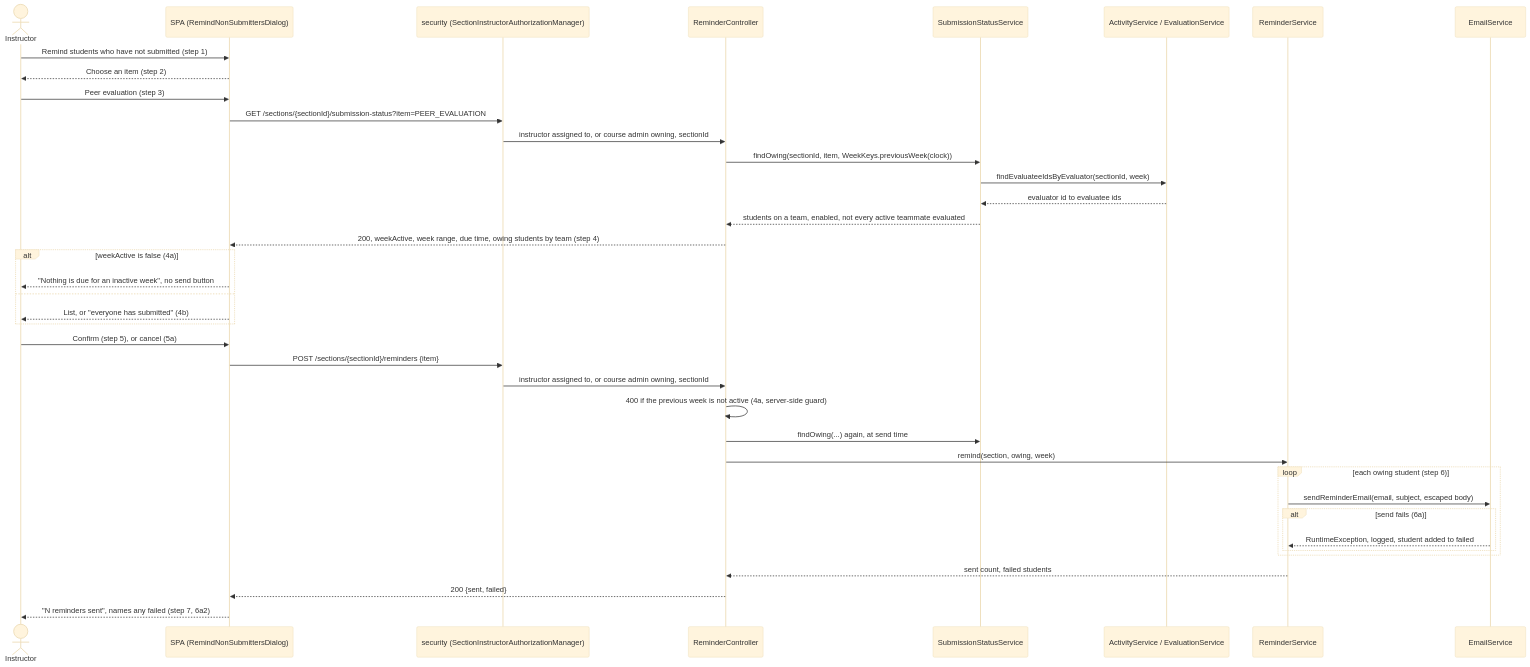
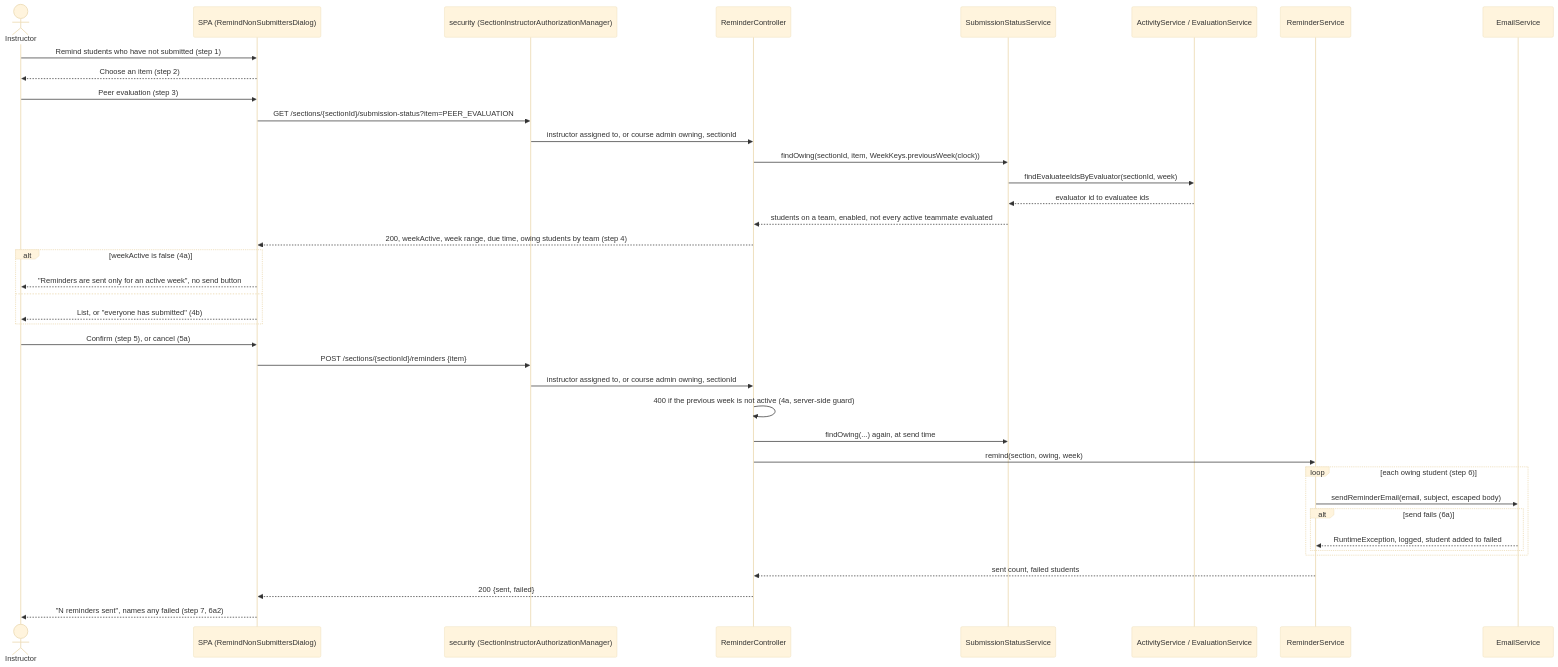
Before and after one commit to Washingtonwei/project-pulse: the second of 3 diagrams in docs/design/not.md, drawn with Mermaid (base theme). The commit also changed other lines of this file and 3 other files, not shown here.

First line of the commit message:
docs(requirements): regenerate the business-rule index for NOT and fix the inactive-week wording

````diff
--- a/docs/design/not.md
+++ b/docs/design/not.md
@@ -86,41 +86,41 @@
 ```mermaid
 sequenceDiagram
     actor I as Instructor
     participant SPA as SPA (RemindNonSubmittersDialog)
     participant SEC as security (SectionInstructorAuthorizationManager)
     participant RC as ReminderController
     participant SS as SubmissionStatusService
     participant AE as ActivityService / EvaluationService
     participant RS as ReminderService
     participant EM as EmailService
     I->>SPA: Remind students who have not submitted (step 1)
     SPA-->>I: Choose an item (step 2)
     I->>SPA: Peer evaluation (step 3)
     SPA->>SEC: GET /sections/{sectionId}/submission-status?item=PEER_EVALUATION
     SEC->>RC: instructor assigned to, or course admin owning, sectionId
     RC->>SS: findOwing(sectionId, item, WeekKeys.previousWeek(clock))
     SS->>AE: findEvaluateeIdsByEvaluator(sectionId, week)
     AE-->>SS: evaluator id to evaluatee ids
     SS-->>RC: students on a team, enabled, not every active teammate evaluated
     RC-->>SPA: 200, weekActive, week range, due time, owing students by team (step 4)
     alt weekActive is false (4a)
-        SPA-->>I: "Nothing is due for an inactive week", no send button
+        SPA-->>I: "Reminders are sent only for an active week", no send button
     else
         SPA-->>I: List, or "everyone has submitted" (4b)
     end
     I->>SPA: Confirm (step 5), or cancel (5a)
     SPA->>SEC: POST /sections/{sectionId}/reminders {item}
     SEC->>RC: instructor assigned to, or course admin owning, sectionId
     RC->>RC: 400 if the previous week is not active (4a, server-side guard)
     RC->>SS: findOwing(...) again, at send time
     RC->>RS: remind(section, owing, week)
     loop each owing student (step 6)
         RS->>EM: sendReminderEmail(email, subject, escaped body)
         alt send fails (6a)
             EM-->>RS: RuntimeException, logged, student added to failed
         end
     end
     RS-->>RC: sent count, failed students
     RC-->>SPA: 200 {sent, failed}
     SPA-->>I: "N reminders sent", names any failed (step 7, 6a2)
 ```
````
